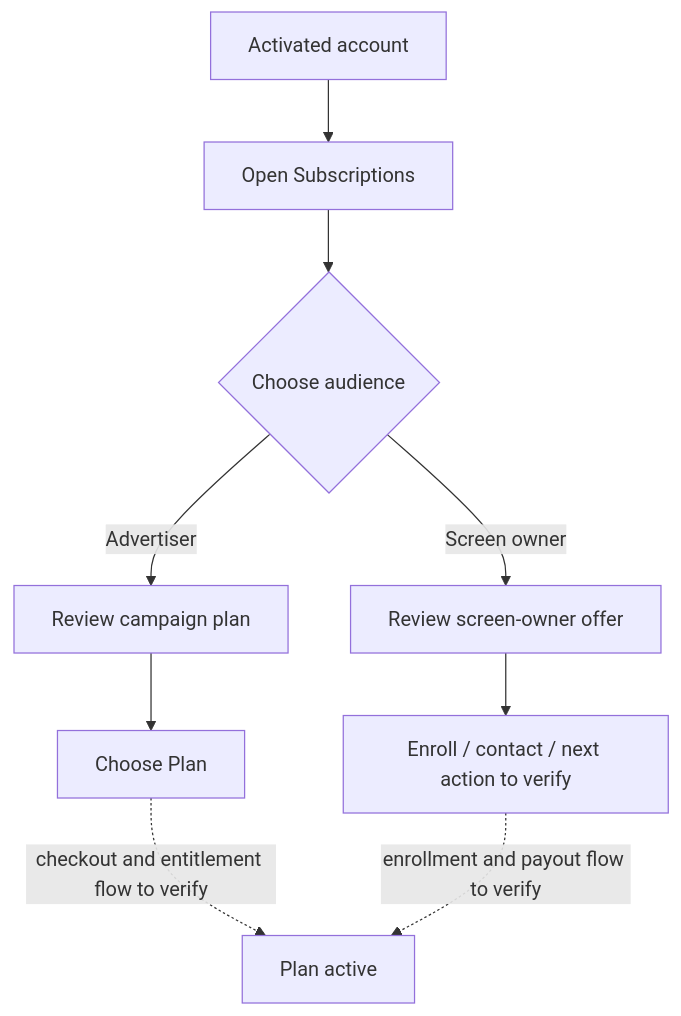
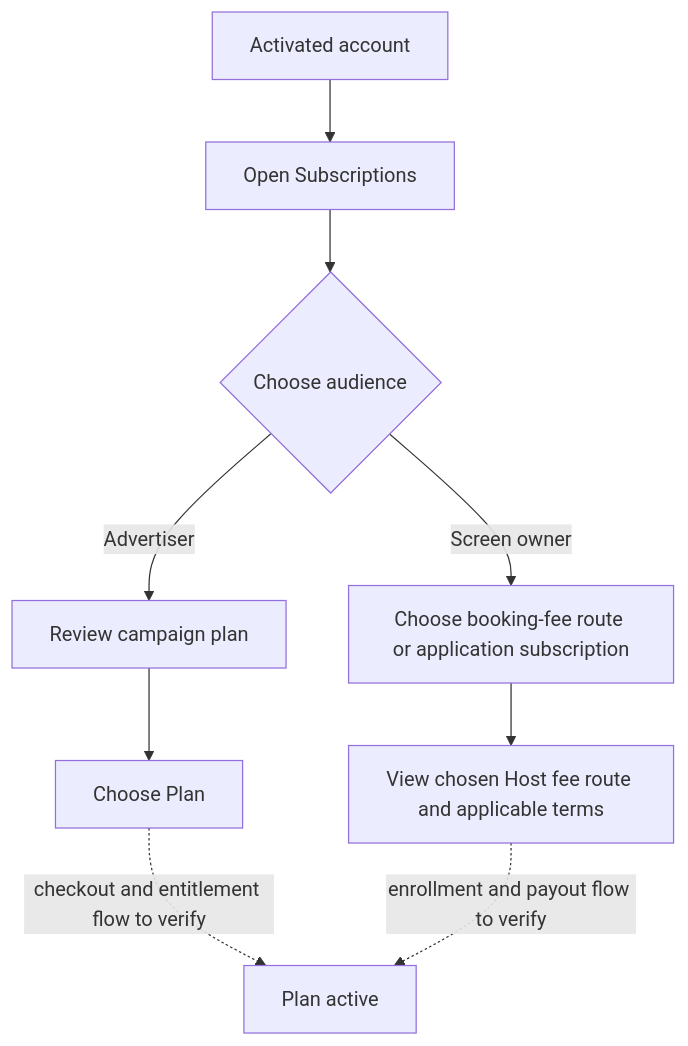
The diagram in Feature Documentation/Billing-and-Subscriptions.md (InstaAd/Engineering-Wiki), drawn with Mermaid before and after one commit. The commit also changed other lines of this file and 4 other files, not shown here.

Commit message:
Document Host fee route alternatives

````diff
--- a/Feature Documentation/Billing-and-Subscriptions.md
+++ b/Feature Documentation/Billing-and-Subscriptions.md
@@ -23,11 +25,11 @@
 ```mermaid
 flowchart TD
     A[Activated account] --> B[Open Subscriptions]
     B --> C{Choose audience}
     C -->|Advertiser| D[Review campaign plan]
-    C -->|Screen owner| E[Review screen-owner offer]
+    C -->|Screen owner| E[Choose booking-fee route or application subscription]
     D --> F[Choose Plan]
-    E --> G[Enroll / contact / next action to verify]
+    E --> G[View chosen Host fee route and applicable terms]
     F -. checkout and entitlement flow to verify .-> H[Plan active]
     G -. enrollment and payout flow to verify .-> H
 ```
````
